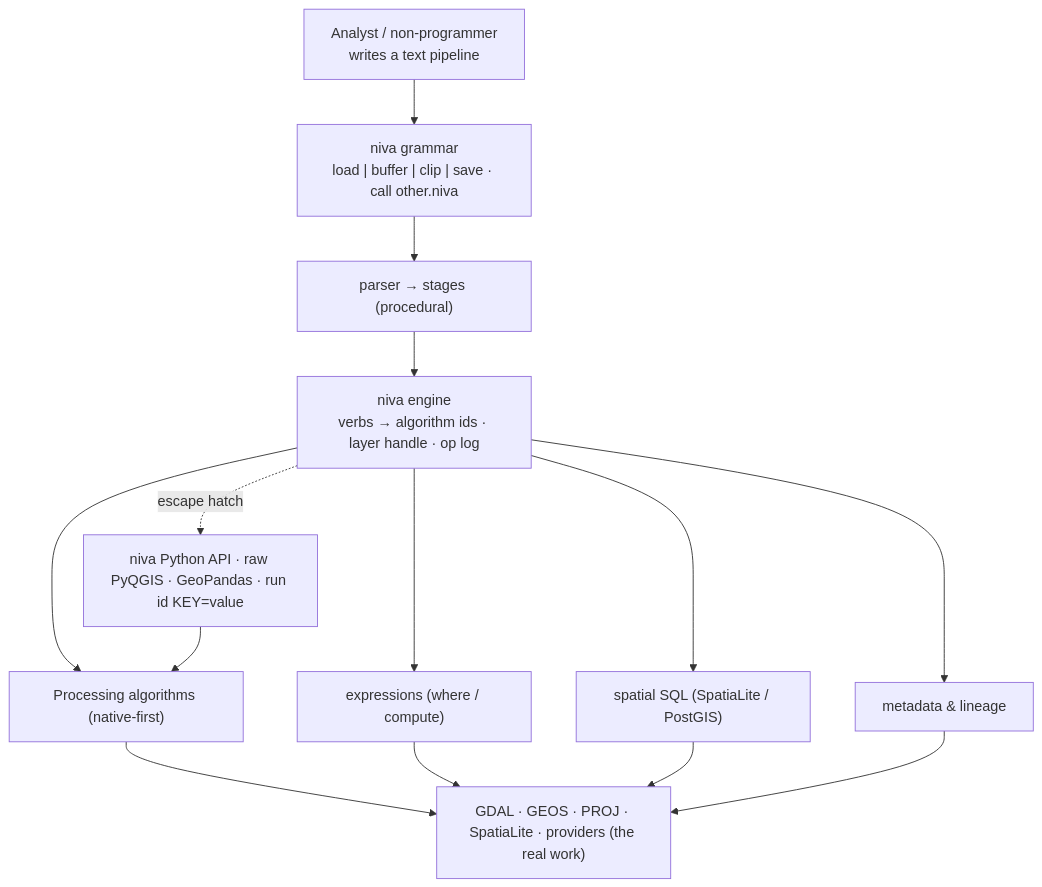
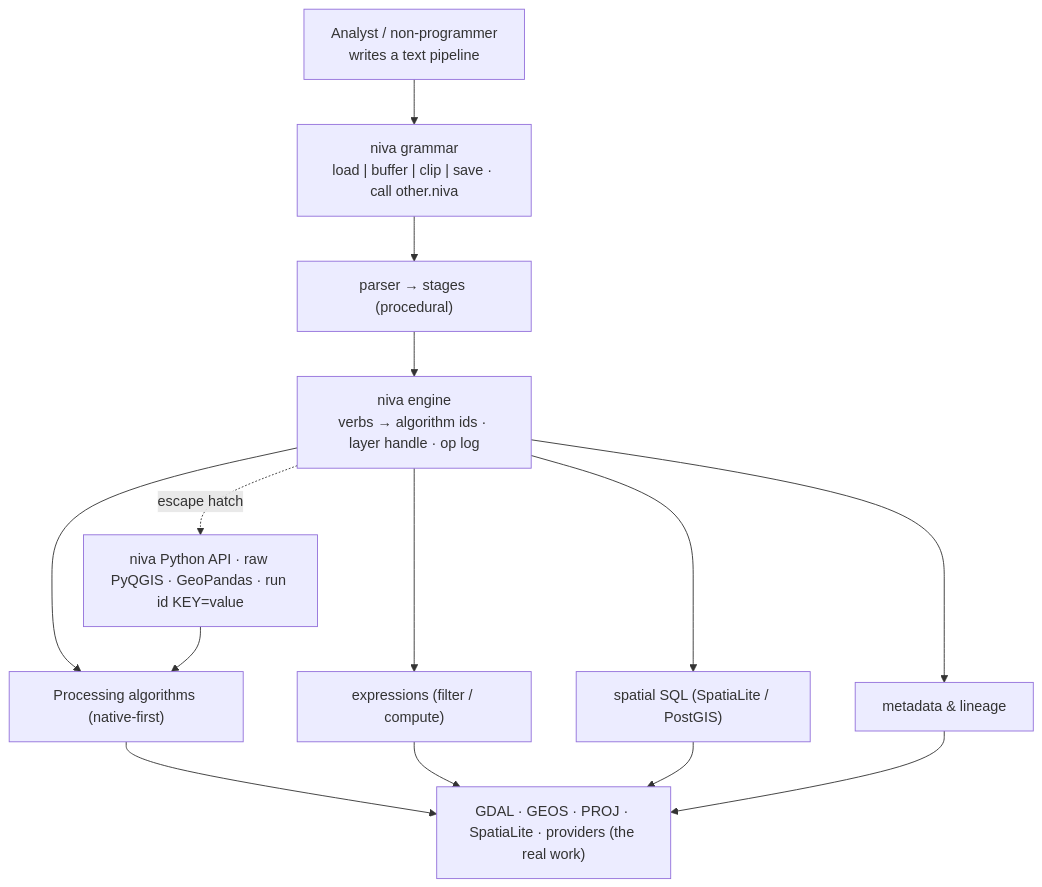
One commit to johnzastrow/niva changed the first of 2 diagrams in planning/01-prd.md. Above: the diagram before and after it, drawn with Mermaid. The commit also changed other lines of this file and 8 other files, not shown here.

````diff
--- a/planning/01-prd.md
+++ b/planning/01-prd.md
@@ -41,13 +41,13 @@
 ```mermaid
 flowchart TD
     U["Analyst / non-programmer<br/>writes a text pipeline"] --> G["niva grammar<br/>load | buffer | clip | save · call other.niva"]
     G --> PARSE["parser → stages (procedural)"]
     PARSE --> ENG["niva engine<br/>verbs → algorithm ids · layer handle · op log"]
     ENG --> S1["Processing algorithms (native-first)"]
-    ENG --> S2["expressions (where / compute)"]
+    ENG --> S2["expressions (filter / compute)"]
     ENG --> S3["spatial SQL (SpatiaLite / PostGIS)"]
     ENG --> S4["metadata & lineage"]
     S1 & S2 & S3 & S4 --> GD["GDAL · GEOS · PROJ · SpatiaLite · providers (the real work)"]
     ENG -. "escape hatch" .-> PY["niva Python API · raw PyQGIS · GeoPandas · run id KEY=value"]
     PY --> S1
 ```
````
